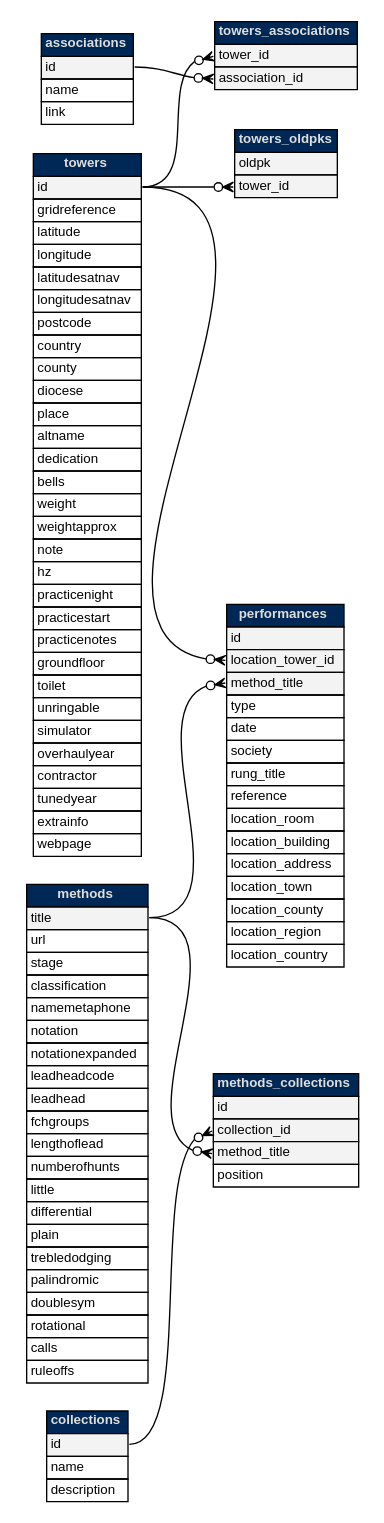
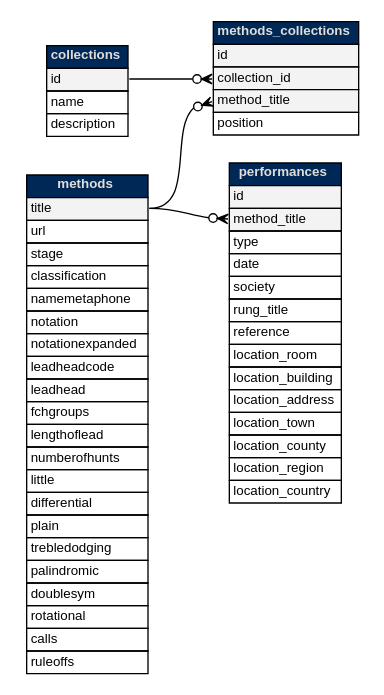
The diagram in resources/database.dot (bobwallis/Blueline), drawn with Graphviz before and after one commit. The commit also changed 82 other files, not shown here.

Commit message:
Remove tower and association data

```diff
--- a/resources/database.dot
+++ b/resources/database.dot
@@ -1,171 +1,97 @@
 // Generated by SchemaSpy, then modified
 digraph "largeRelationshipsDiagram" {
   graph [
     rankdir="RL"
     bgcolor="#FFFFFF"
     labeljust="l"
     nodesep="0.18"
     ranksep="0.46"
     fontname="Lucida Sans,sans-serif"
     fontsize="10"
   ];
   node [
     fontname="Lucida Sans,sans-serif"
     fontsize="10"
     shape="plaintext"
   ];
   edge [
     arrowsize="0.8"
-  ];
-  "associations" [
-    label=<
-    <TABLE BORDER="0" CELLBORDER="1" CELLSPACING="0" BGCOLOR="#ffffff">
-      <TR><TD COLSPAN="3" BGCOLOR="#002856" ALIGN="CENTER"><FONT COLOR="#E0DED9"><B>associations</B></FONT></TD></TR>
-      <TR><TD PORT="id" COLSPAN="3" BGCOLOR="#F3F3F3" ALIGN="LEFT">id</TD></TR>
-      <TR><TD PORT="name" COLSPAN="3" ALIGN="LEFT">name</TD></TR>
-      <TR><TD PORT="link" COLSPAN="3" ALIGN="LEFT">link</TD></TR>
-    </TABLE>>
-    URL="tables/associations.html"
-    tooltip="associations"
   ];
   "collections" [
     label=<
     <TABLE BORDER="0" CELLBORDER="1" CELLSPACING="0" BGCOLOR="#ffffff">
       <TR><TD COLSPAN="3" BGCOLOR="#002856" ALIGN="CENTER"><FONT COLOR="#E0DED9"><B>collections</B></FONT></TD></TR>
       <TR><TD PORT="id" COLSPAN="3" BGCOLOR="#F3F3F3" ALIGN="LEFT">id</TD></TR>
       <TR><TD PORT="name" COLSPAN="3" ALIGN="LEFT">name</TD></TR>
       <TR><TD PORT="description" COLSPAN="3" ALIGN="LEFT">description</TD></TR>
     </TABLE>>
     URL="tables/collections.html"
     tooltip="collections"
   ];
   "methods" [
     label=<
     <TABLE BORDER="0" CELLBORDER="1" CELLSPACING="0" BGCOLOR="#ffffff">
       <TR><TD COLSPAN="3" BGCOLOR="#002856" ALIGN="CENTER"><FONT COLOR="#E0DED9"><B>methods</B></FONT></TD></TR>
       <TR><TD PORT="title" COLSPAN="3" BGCOLOR="#F3F3F3" ALIGN="LEFT">title</TD></TR>
       <TR><TD PORT="url" COLSPAN="3" ALIGN="LEFT">url</TD></TR>
       <TR><TD PORT="stage" COLSPAN="3" ALIGN="LEFT">stage</TD></TR>
       <TR><TD PORT="classification" COLSPAN="3" ALIGN="LEFT">classification</TD></TR>
       <TR><TD PORT="namemetaphone" COLSPAN="3" ALIGN="LEFT">namemetaphone</TD></TR>
       <TR><TD PORT="notation" COLSPAN="3" ALIGN="LEFT">notation</TD></TR>
       <TR><TD PORT="notationexpanded" COLSPAN="3" ALIGN="LEFT">notationexpanded</TD></TR>
       <TR><TD PORT="leadheadcode" COLSPAN="3" ALIGN="LEFT">leadheadcode</TD></TR>
       <TR><TD PORT="leadhead" COLSPAN="3" ALIGN="LEFT">leadhead</TD></TR>
       <TR><TD PORT="fchgroups" COLSPAN="3" ALIGN="LEFT">fchgroups</TD></TR>
       <TR><TD PORT="lengthoflead" COLSPAN="3" ALIGN="LEFT">lengthoflead</TD></TR>
       <TR><TD PORT="numberofhunts" COLSPAN="3" ALIGN="LEFT">numberofhunts</TD></TR>
       <TR><TD PORT="little" COLSPAN="3" ALIGN="LEFT">little</TD></TR>
       <TR><TD PORT="differential" COLSPAN="3" ALIGN="LEFT">differential</TD></TR>
       <TR><TD PORT="plain" COLSPAN="3" ALIGN="LEFT">plain</TD></TR>
       <TR><TD PORT="trebledodging" COLSPAN="3" ALIGN="LEFT">trebledodging</TD></TR>
       <TR><TD PORT="palindromic" COLSPAN="3" ALIGN="LEFT">palindromic</TD></TR>
       <TR><TD PORT="doublesym" COLSPAN="3" ALIGN="LEFT">doublesym</TD></TR>
       <TR><TD PORT="rotational" COLSPAN="3" ALIGN="LEFT">rotational</TD></TR>
       <TR><TD PORT="calls" COLSPAN="3" ALIGN="LEFT">calls</TD></TR>
       <TR><TD PORT="ruleoffs" COLSPAN="3" ALIGN="LEFT">ruleoffs</TD></TR>
     </TABLE>>
     URL="tables/methods.html"
     tooltip="methods"
   ];
   "methods_collections" [
     label=<
     <TABLE BORDER="0" CELLBORDER="1" CELLSPACING="0" BGCOLOR="#ffffff">
       <TR><TD COLSPAN="3" BGCOLOR="#002856" ALIGN="CENTER"><FONT COLOR="#E0DED9"><B>methods_collections</B></FONT></TD></TR>
       <TR><TD PORT="id" COLSPAN="3" BGCOLOR="#F3F3F3" ALIGN="LEFT">id</TD></TR>
       <TR><TD PORT="collection_id" COLSPAN="3" BGCOLOR="#F3F3F3" ALIGN="LEFT">collection_id</TD></TR>
       <TR><TD PORT="method_title" COLSPAN="3" BGCOLOR="#F3F3F3" ALIGN="LEFT">method_title</TD></TR>
       <TR><TD PORT="position" COLSPAN="3" ALIGN="LEFT">position</TD></TR>
     </TABLE>>
     URL="tables/methods_collections.html"
     tooltip="methods_collections"
   ];
   "performances" [
     label=<
     <TABLE BORDER="0" CELLBORDER="1" CELLSPACING="0" BGCOLOR="#ffffff">
       <TR><TD COLSPAN="3" BGCOLOR="#002856" ALIGN="CENTER"><FONT COLOR="#E0DED9"><B>performances</B></FONT></TD></TR>
       <TR><TD PORT="id" COLSPAN="3" BGCOLOR="#F3F3F3" ALIGN="LEFT">id</TD></TR>
-      <TR><TD PORT="location_tower_id" COLSPAN="3" BGCOLOR="#F3F3F3" ALIGN="LEFT">location_tower_id</TD></TR>
       <TR><TD PORT="method_title" COLSPAN="3" BGCOLOR="#F3F3F3" ALIGN="LEFT">method_title</TD></TR>
       <TR><TD PORT="type" COLSPAN="3" ALIGN="LEFT">type</TD></TR>
       <TR><TD PORT="date" COLSPAN="3" ALIGN="LEFT">date</TD></TR>
       <TR><TD PORT="society" COLSPAN="3" ALIGN="LEFT">society</TD></TR>
       <TR><TD PORT="rung_title" COLSPAN="3" ALIGN="LEFT">rung_title</TD></TR>
       <TR><TD PORT="reference" COLSPAN="3" ALIGN="LEFT">reference</TD></TR>
       <TR><TD PORT="location_room" COLSPAN="3" ALIGN="LEFT">location_room</TD></TR>
       <TR><TD PORT="location_building" COLSPAN="3" ALIGN="LEFT">location_building</TD></TR>
       <TR><TD PORT="location_address" COLSPAN="3" ALIGN="LEFT">location_address</TD></TR>
       <TR><TD PORT="location_town" COLSPAN="3" ALIGN="LEFT">location_town</TD></TR>
       <TR><TD PORT="location_county" COLSPAN="3" ALIGN="LEFT">location_county</TD></TR>
       <TR><TD PORT="location_region" COLSPAN="3" ALIGN="LEFT">location_region</TD></TR>
       <TR><TD PORT="location_country" COLSPAN="3" ALIGN="LEFT">location_country</TD></TR>
     </TABLE>>
     URL="tables/performances.html"
     tooltip="performances"
   ];
-  "towers" [
-    label=<
-    <TABLE BORDER="0" CELLBORDER="1" CELLSPACING="0" BGCOLOR="#ffffff">
-      <TR><TD COLSPAN="3" BGCOLOR="#002856" ALIGN="CENTER"><FONT COLOR="#E0DED9"><B>towers</B></FONT></TD></TR>
-      <TR><TD PORT="id" COLSPAN="3" BGCOLOR="#F3F3F3" ALIGN="LEFT">id</TD></TR>
-      <TR><TD PORT="gridreference" COLSPAN="3" ALIGN="LEFT">gridreference</TD></TR>
-      <TR><TD PORT="latitude" COLSPAN="3" ALIGN="LEFT">latitude</TD></TR>
-      <TR><TD PORT="longitude" COLSPAN="3" ALIGN="LEFT">longitude</TD></TR>
-      <TR><TD PORT="latitudesatnav" COLSPAN="3" ALIGN="LEFT">latitudesatnav</TD></TR>
-      <TR><TD PORT="longitudesatnav" COLSPAN="3" ALIGN="LEFT">longitudesatnav</TD></TR>
-      <TR><TD PORT="postcode" COLSPAN="3" ALIGN="LEFT">postcode</TD></TR>
-      <TR><TD PORT="country" COLSPAN="3" ALIGN="LEFT">country</TD></TR>
-      <TR><TD PORT="county" COLSPAN="3" ALIGN="LEFT">county</TD></TR>
-      <TR><TD PORT="diocese" COLSPAN="3" ALIGN="LEFT">diocese</TD></TR>
-      <TR><TD PORT="place" COLSPAN="3" ALIGN="LEFT">place</TD></TR>
-      <TR><TD PORT="altname" COLSPAN="3" ALIGN="LEFT">altname</TD></TR>
-      <TR><TD PORT="dedication" COLSPAN="3" ALIGN="LEFT">dedication</TD></TR>
-      <TR><TD PORT="bells" COLSPAN="3" ALIGN="LEFT">bells</TD></TR>
-      <TR><TD PORT="weight" COLSPAN="3" ALIGN="LEFT">weight</TD></TR>
-      <TR><TD PORT="weightapprox" COLSPAN="3" ALIGN="LEFT">weightapprox</TD></TR>
-      <TR><TD PORT="note" COLSPAN="3" ALIGN="LEFT">note</TD></TR>
-      <TR><TD PORT="hz" COLSPAN="3" ALIGN="LEFT">hz</TD></TR>
-      <TR><TD PORT="practicenight" COLSPAN="3" ALIGN="LEFT">practicenight</TD></TR>
-      <TR><TD PORT="practicestart" COLSPAN="3" ALIGN="LEFT">practicestart</TD></TR>
-      <TR><TD PORT="practicenotes" COLSPAN="3" ALIGN="LEFT">practicenotes</TD></TR>
-      <TR><TD PORT="groundfloor" COLSPAN="3" ALIGN="LEFT">groundfloor</TD></TR>
-      <TR><TD PORT="toilet" COLSPAN="3" ALIGN="LEFT">toilet</TD></TR>
-      <TR><TD PORT="unringable" COLSPAN="3" ALIGN="LEFT">unringable</TD></TR>
-      <TR><TD PORT="simulator" COLSPAN="3" ALIGN="LEFT">simulator</TD></TR>
-      <TR><TD PORT="overhaulyear" COLSPAN="3" ALIGN="LEFT">overhaulyear</TD></TR>
-      <TR><TD PORT="contractor" COLSPAN="3" ALIGN="LEFT">contractor</TD></TR>
-      <TR><TD PORT="tunedyear" COLSPAN="3" ALIGN="LEFT">tunedyear</TD></TR>
-      <TR><TD PORT="extrainfo" COLSPAN="3" ALIGN="LEFT">extrainfo</TD></TR>
-      <TR><TD PORT="webpage" COLSPAN="3" ALIGN="LEFT">webpage</TD></TR>
-    </TABLE>>
-    URL="tables/towers.html"
-    tooltip="towers"
-  ];
-  "towers_associations" [
-    label=<
-    <TABLE BORDER="0" CELLBORDER="1" CELLSPACING="0" BGCOLOR="#ffffff">
-      <TR><TD COLSPAN="3" BGCOLOR="#002856" ALIGN="CENTER"><FONT COLOR="#E0DED9"><B>towers_associations</B></FONT></TD></TR>
-      <TR><TD PORT="tower_id" COLSPAN="3" BGCOLOR="#F3F3F3" ALIGN="LEFT">tower_id</TD></TR>
-      <TR><TD PORT="association_id" COLSPAN="3" BGCOLOR="#F3F3F3" ALIGN="LEFT">association_id</TD></TR>
-    </TABLE>>
-    URL="tables/towers_associations.html"
-    tooltip="towers_associations"
-  ];
-  "towers_oldpks" [
-    label=<
-    <TABLE BORDER="0" CELLBORDER="1" CELLSPACING="0" BGCOLOR="#ffffff">
-      <TR><TD COLSPAN="3" BGCOLOR="#002856" ALIGN="CENTER"><FONT COLOR="#E0DED9"><B>towers_oldpks</B></FONT></TD></TR>
-      <TR><TD PORT="oldpk" COLSPAN="3" BGCOLOR="#F3F3F3" ALIGN="LEFT">oldpk</TD></TR>
-      <TR><TD PORT="tower_id" COLSPAN="3" BGCOLOR="#F3F3F3" ALIGN="LEFT">tower_id</TD></TR>
-    </TABLE>>
-    URL="tables/towers_oldpks.html"
-    tooltip="towers_oldpks"
-  ];
   "methods_collections":"collection_id":w -> "collections":"id":e [arrowhead=none dir=back arrowtail=crowodot];
   "methods_collections":"method_title":w -> "methods":"title":e [arrowhead=none dir=back arrowtail=crowodot];
-  "performances":"location_tower_id":w -> "towers":"id":e [arrowhead=none dir=back arrowtail=crowodot];
   "performances":"method_title":w -> "methods":"title":e [arrowhead=none dir=back arrowtail=crowodot];
-  "towers_associations":"association_id":w -> "associations":"id":e [arrowhead=none dir=back arrowtail=crowodot];
-  "towers_associations":"tower_id":w -> "towers":"id":e [arrowhead=none dir=back arrowtail=crowodot];
-  "towers_oldpks":"tower_id":w -> "towers":"id":e [arrowhead=none dir=back arrowtail=crowodot];
 }
```
